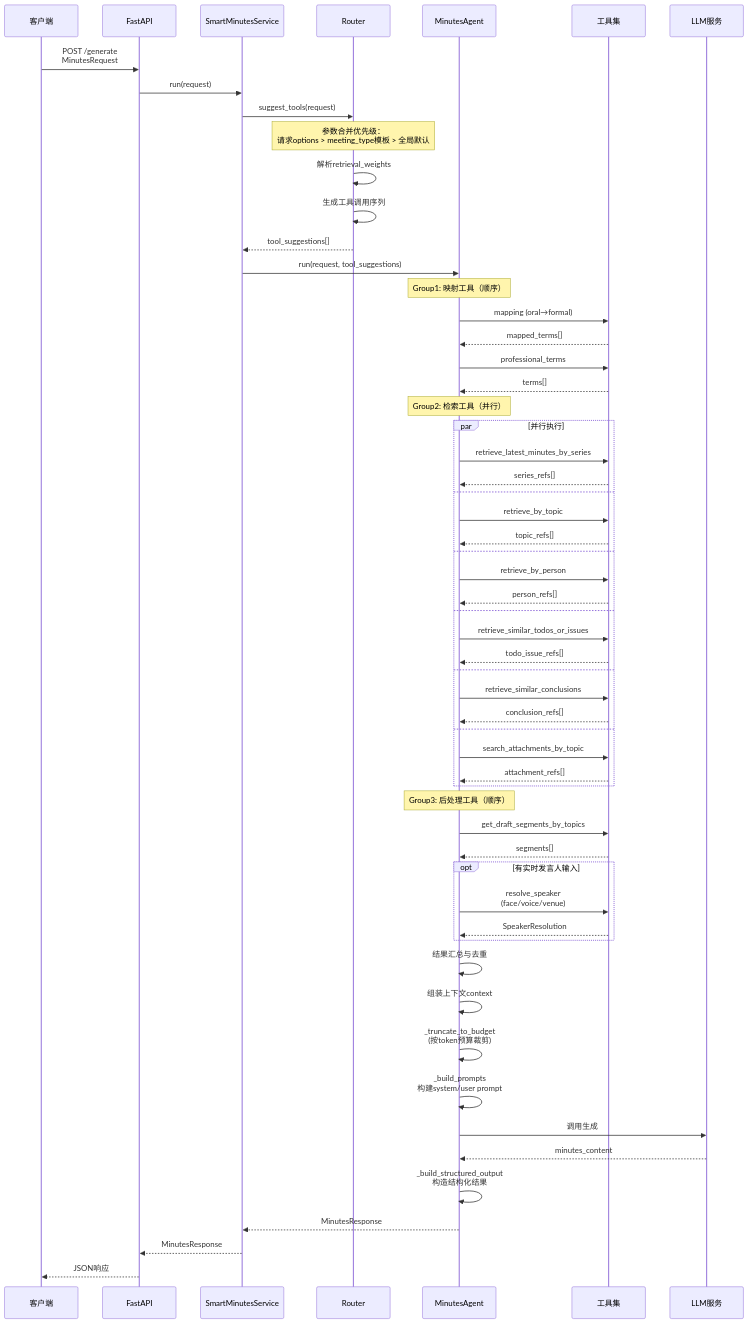
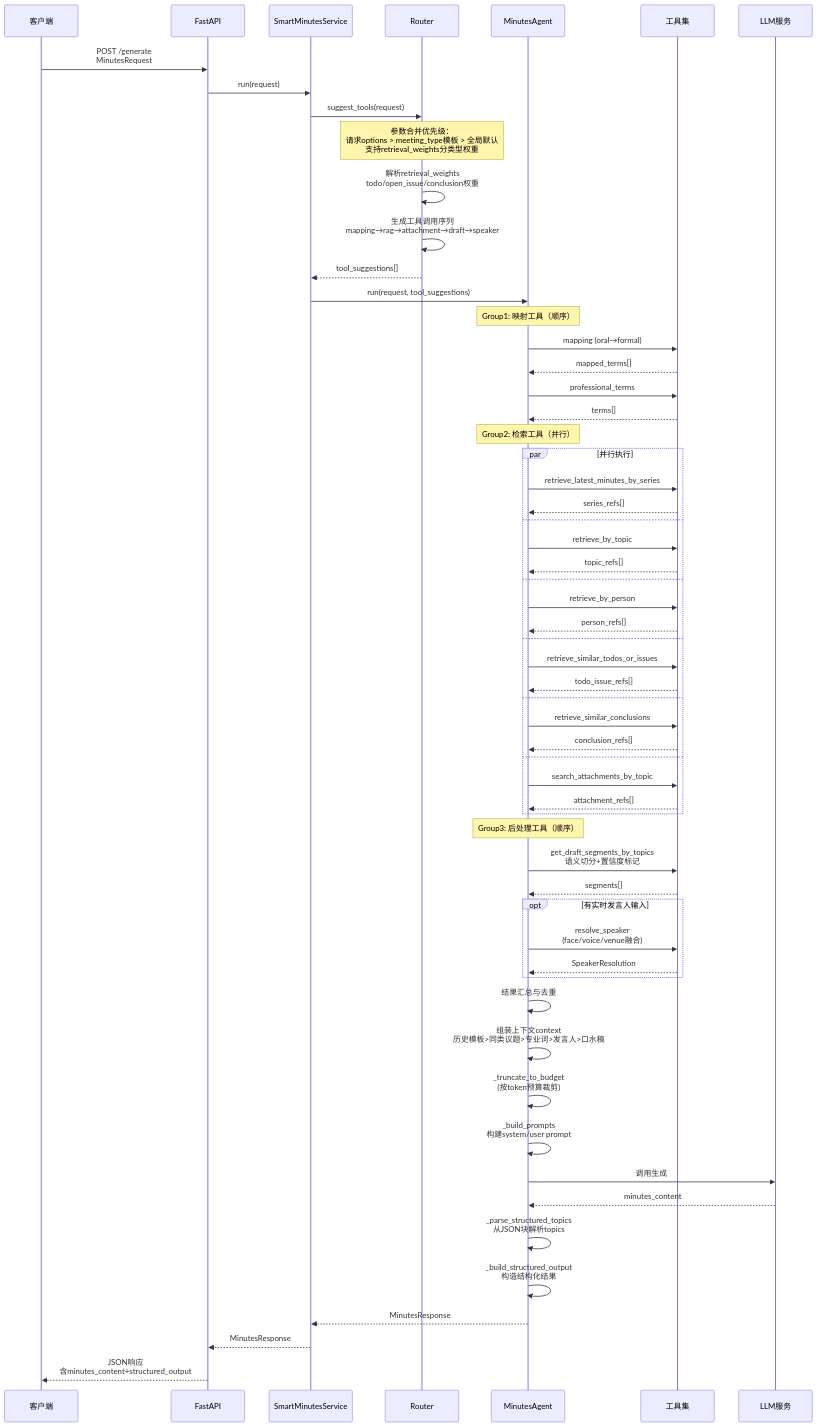
One commit to yuancaoyaoHW/mettings changed the third of 13 diagrams in docs/architecture_diagrams.md. Above: the diagram before and after it, drawn with Mermaid. The commit also changed other lines of this file, not shown here.

Commit message:
更新结构图

````diff
--- a/docs/architecture_diagrams.md
+++ b/docs/architecture_diagrams.md
@@ -137,74 +175,75 @@
 ```mermaid
 sequenceDiagram
     participant Client as 客户端
     participant API as FastAPI
     participant Service as SmartMinutesService
     participant Router as Router
     participant Agent as MinutesAgent
     participant Tools as 工具集
     participant LLM as LLM服务
 
     Client->>API: POST /generate<br/>MinutesRequest
     API->>Service: run(request)
     
     Service->>Router: suggest_tools(request)
     
-    Note over Router: 参数合并优先级：<br/>请求options > meeting_type模板 > 全局默认
+    Note over Router: 参数合并优先级：<br/>请求options > meeting_type模板 > 全局默认<br/>支持retrieval_weights分类型权重
     
-    Router->>Router: 解析retrieval_weights
-    Router->>Router: 生成工具调用序列
+    Router->>Router: 解析retrieval_weights<br/>todo/open_issue/conclusion权重
+    Router->>Router: 生成工具调用序列<br/>mapping→rag→attachment→draft→speaker
     Router-->>Service: tool_suggestions[]
     
     Service->>Agent: run(request, tool_suggestions)
     
     Note over Agent: Group1: 映射工具（顺序）
     Agent->>Tools: mapping (oral→formal)
     Tools-->>Agent: mapped_terms[]
     Agent->>Tools: professional_terms
     Tools-->>Agent: terms[]
     
     Note over Agent: Group2: 检索工具（并行）
     par 并行执行
         Agent->>Tools: retrieve_latest_minutes_by_series
         Tools-->>Agent: series_refs[]
     and
         Agent->>Tools: retrieve_by_topic
         Tools-->>Agent: topic_refs[]
     and
         Agent->>Tools: retrieve_by_person
         Tools-->>Agent: person_refs[]
     and
         Agent->>Tools: retrieve_similar_todos_or_issues
         Tools-->>Agent: todo_issue_refs[]
     and
         Agent->>Tools: retrieve_similar_conclusions
         Tools-->>Agent: conclusion_refs[]
     and
         Agent->>Tools: search_attachments_by_topic
         Tools-->>Agent: attachment_refs[]
     end
     
     Note over Agent: Group3: 后处理工具（顺序）
-    Agent->>Tools: get_draft_segments_by_topics
+    Agent->>Tools: get_draft_segments_by_topics<br/>语义切分+置信度标记
     Tools-->>Agent: segments[]
     
     opt 有实时发言人输入
-        Agent->>Tools: resolve_speaker<br/>(face/voice/venue)
+        Agent->>Tools: resolve_speaker<br/>(face/voice/venue融合)
         Tools-->>Agent: SpeakerResolution
     end
     
     Agent->>Agent: 结果汇总与去重
-    Agent->>Agent: 组装上下文context
+    Agent->>Agent: 组装上下文context<br/>历史模板>同类议题>专业词>发言人>口水稿
     Agent->>Agent: _truncate_to_budget<br/>(按token预算裁剪)
     
     Agent->>Agent: _build_prompts<br/>构建system/user prompt
     
     Agent->>LLM: 调用生成
     LLM-->>Agent: minutes_content
     
+    Agent->>Agent: _parse_structured_topics<br/>从JSON块解析topics
     Agent->>Agent: _build_structured_output<br/>构造结构化结果
     
     Agent-->>Service: MinutesResponse
     Service-->>API: MinutesResponse
-    API-->>Client: JSON响应
+    API-->>Client: JSON响应<br/>含minutes_content+structured_output
 ```
````
